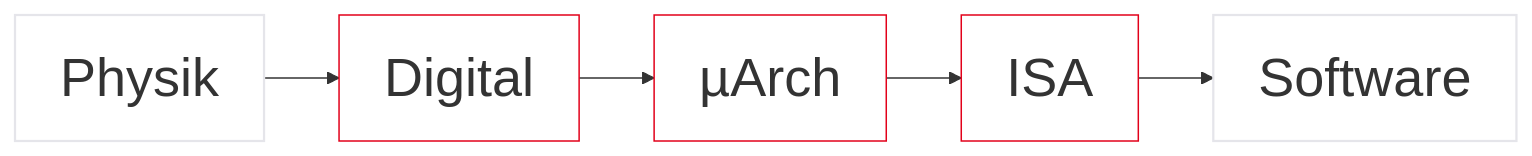
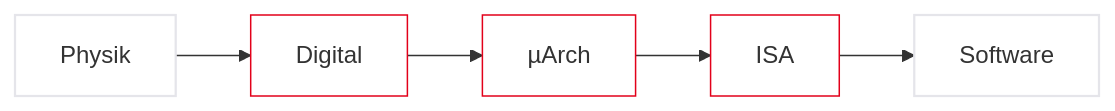
One commit to dantschi/mct1 changed the fifth of 38 diagrams in vorlesungen/01_kickoff.qmd. Above: the diagram before and after it, drawn with Mermaid. The commit also changed other lines of this file and 4 other files, not shown here.

````diff
--- a/vorlesungen/01_kickoff.qmd
+++ b/vorlesungen/01_kickoff.qmd
@@ -204,10 +200,9 @@
 ```{mermaid}
-%%{init: {'themeVariables': {'fontSize': '36px', 'fontFamily': 'Inter, sans-serif'}}}%%
 graph LR
   A[Physik] --> B[Digital] --> C[µArch] --> D[ISA] --> E[Software]
   style B fill:#FFFFFF,stroke:#E2001A,stroke-width:2px !important
   style C fill:#FFFFFF,stroke:#E2001A,stroke-width:2px !important
   style D fill:#FFFFFF,stroke:#E2001A,stroke-width:2px !important
   style A fill:#FFFFFF,stroke:#E5E5EA,stroke-width:1.5px
   style E fill:#FFFFFF,stroke:#E5E5EA,stroke-width:1.5px
 ```
````
